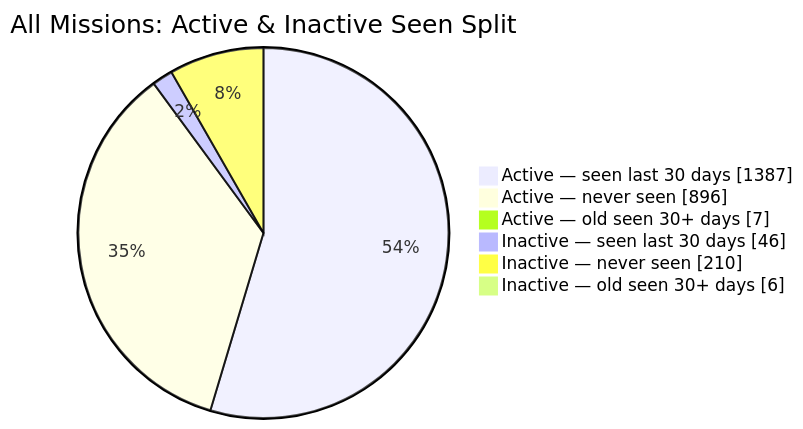
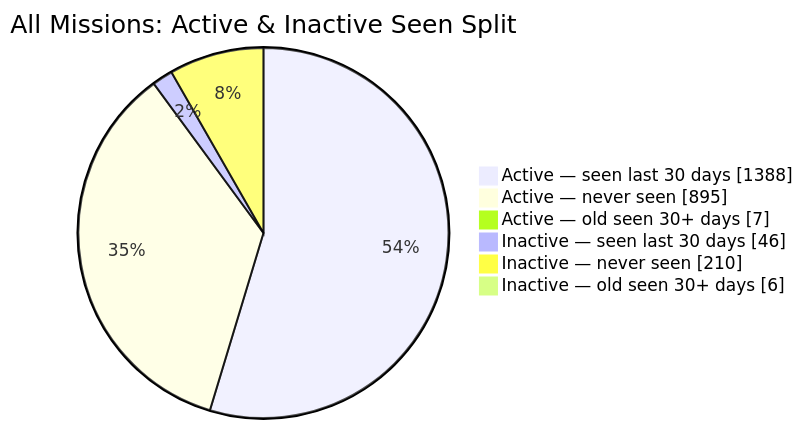
The second of 2 diagrams in README.md (MeldkamerspelGameTeam/active-missions), drawn with Mermaid before and after one commit. The commit also changed other lines of this file and 7 other files, not shown here.

````diff
--- a/README.md
+++ b/README.md
@@ -44,10 +44,10 @@
 ```mermaid
 pie showData
     title All Missions: Active & Inactive Seen Split
-    "Active — seen last 30 days" : 1387
-    "Active — never seen" : 896
+    "Active — seen last 30 days" : 1388
+    "Active — never seen" : 895
     "Active — old seen 30+ days" : 7
     "Inactive — seen last 30 days" : 46
     "Inactive — never seen" : 210
     "Inactive — old seen 30+ days" : 6
 ```
````
